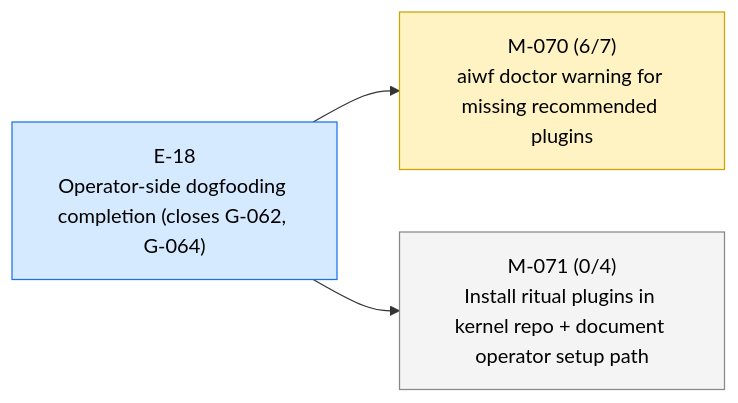
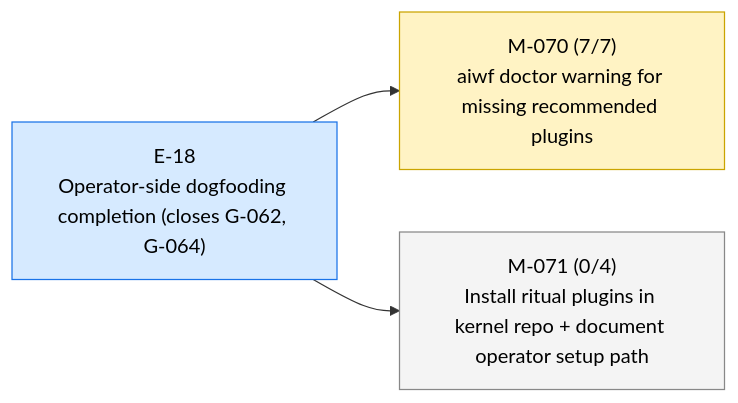
One commit to 23min/aiwf changed the first of 3 diagrams in STATUS.md. Above: the diagram before and after it, drawn with Mermaid. The commit also changed other lines of this file and 1 other file, not shown here.

First line of the commit message:
aiwf promote M-070/AC-7 open -> met

````diff
--- a/STATUS.md
+++ b/STATUS.md
@@ -12,14 +12,14 @@
 ```mermaid
 flowchart LR
   E_18["E-18<br/>Operator-side dogfooding completion (closes G-062, G-064)"]:::epic_active
-  M_070["M-070 (6/7)<br/>aiwf doctor warning for missing recommended plugins"]:::ms_in_progress
+  M_070["M-070 (7/7)<br/>aiwf doctor warning for missing recommended plugins"]:::ms_in_progress
   E_18 --> M_070
   M_071["M-071 (0/4)<br/>Install ritual plugins in kernel repo + document operator setup path"]:::ms_draft
   E_18 --> M_071
   classDef epic_active fill:#d6eaff,stroke:#1a73e8,color:#000
   classDef epic_proposed fill:#f4f4f4,stroke:#888,color:#000
   classDef ms_done fill:#d8f5d8,stroke:#2a8a2a,color:#000
   classDef ms_in_progress fill:#fff3c4,stroke:#caa400,color:#000
   classDef ms_draft fill:#f4f4f4,stroke:#888,color:#000
   classDef ms_cancelled fill:#fbeaea,stroke:#c33,color:#000
 ```
````
